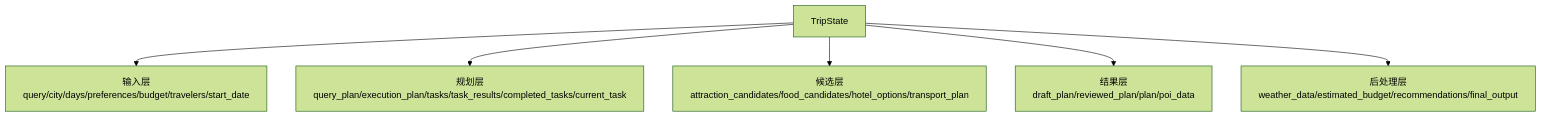
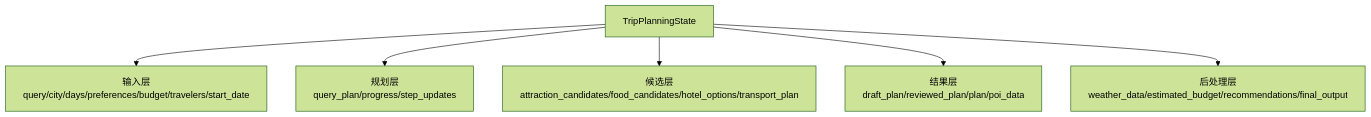
Before and after one commit to xg-debug/ai-travel-planner: the sixth of 8 diagrams in doc/product-requirements-and-architecture.md, drawn with Mermaid (forest theme). The commit also changed other lines of this file and 151 other files, not shown here.

````diff
--- a/doc/product-requirements-and-architecture.md
+++ b/doc/product-requirements-and-architecture.md
@@ -695,8 +696,8 @@
 ```mermaid
 flowchart TD
-    A["TripState"] --> B["输入层<br/>query/city/days/preferences/budget/travelers/start_date"]
-    A --> C["规划层<br/>query_plan/execution_plan/tasks/task_results/completed_tasks/current_task"]
+    A["TripPlanningState"] --> B["输入层<br/>query/city/days/preferences/budget/travelers/start_date"]
+    A --> C["规划层<br/>query_plan/progress/step_updates"]
     A --> D["候选层<br/>attraction_candidates/food_candidates/hotel_options/transport_plan"]
     A --> E["结果层<br/>draft_plan/reviewed_plan/plan/poi_data"]
     A --> F["后处理层<br/>weather_data/estimated_budget/recommendations/final_output"]
 ```
````
